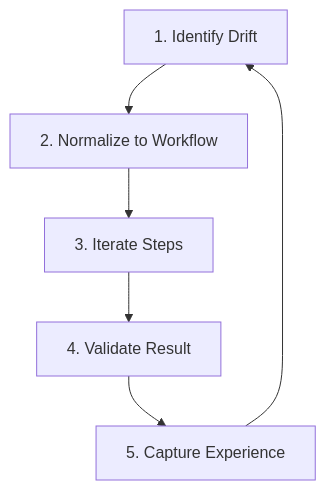
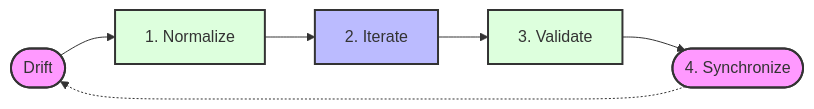
One commit to udx/dev.kit changed the diagram in assets/diagrams/drift-resolution-cycle.mmd. Above: the diagram before and after it, drawn with Mermaid. The commit also changed 31 other files, not shown here.

Commit message:
assets: optimize and beautify documentation diagrams

```diff
--- a/assets/diagrams/drift-resolution-cycle.mmd
+++ b/assets/diagrams/drift-resolution-cycle.mmd
@@ -1,6 +1,12 @@
-flowchart TD
-    Drift[1. Identify Drift] --> Normalize[2. Normalize to Workflow]
-    Normalize --> Iterate[3. Iterate Steps]
-    Iterate --> Validate[4. Validate Result]
-    Validate --> Capture[5. Capture Experience]
-    Capture --> Drift
+flowchart LR
+    Drift([Drift]) --> Normalize[1. Normalize]
+    Normalize --> Iterate[2. Iterate]
+    Iterate --> Validate[3. Validate]
+    Validate --> Sync([4. Synchronize])
+    Sync -.-> Drift
+    
+    style Drift fill:#f9f,stroke:#333,stroke-width:2px
+    style Normalize fill:#dfd,stroke:#333,stroke-width:2px
+    style Iterate fill:#bbf,stroke:#333,stroke-width:2px
+    style Validate fill:#dfd,stroke:#333,stroke-width:2px
+    style Sync fill:#f9f,stroke:#333,stroke-width:2px
```
